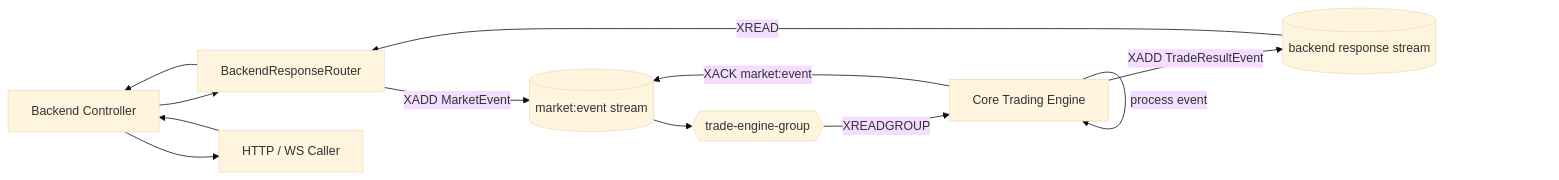
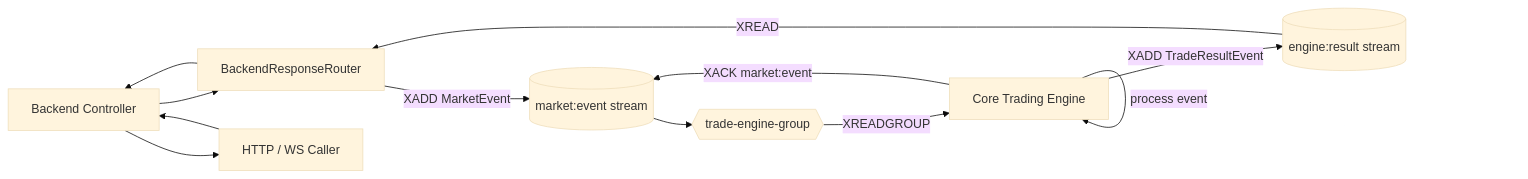
One commit to SajalDBansal/centralized-exchange changed the first of 6 diagrams in packages/redis-stream/README.md. Above: the diagram before and after it, drawn with Mermaid (base theme). The commit also changed other lines of this file and 30 other files, not shown here.

````diff
--- a/packages/redis-stream/README.md
+++ b/packages/redis-stream/README.md
@@ -58,22 +60,22 @@
 ```mermaid
 flowchart LR
     Controller[Backend Controller]
     Router[BackendResponseRouter]
     MarketStream[(market:event stream)]
     TradeGroup{{trade-engine-group}}
     Engine[Core Trading Engine]
-    ResponseStream[(backend response stream)]
+    ResponseStream[(engine:result stream)]
     Client[HTTP / WS Caller]
 
     Client --> Controller
     Controller --> Router
     Router -- XADD MarketEvent --> MarketStream
     MarketStream --> TradeGroup
     TradeGroup -- XREADGROUP --> Engine
     Engine -- process event --> Engine
     Engine -- XACK market:event --> MarketStream
     Engine -- XADD TradeResultEvent --> ResponseStream
     ResponseStream -- XREAD --> Router
     Router --> Controller
     Controller --> Client
 ```
````
